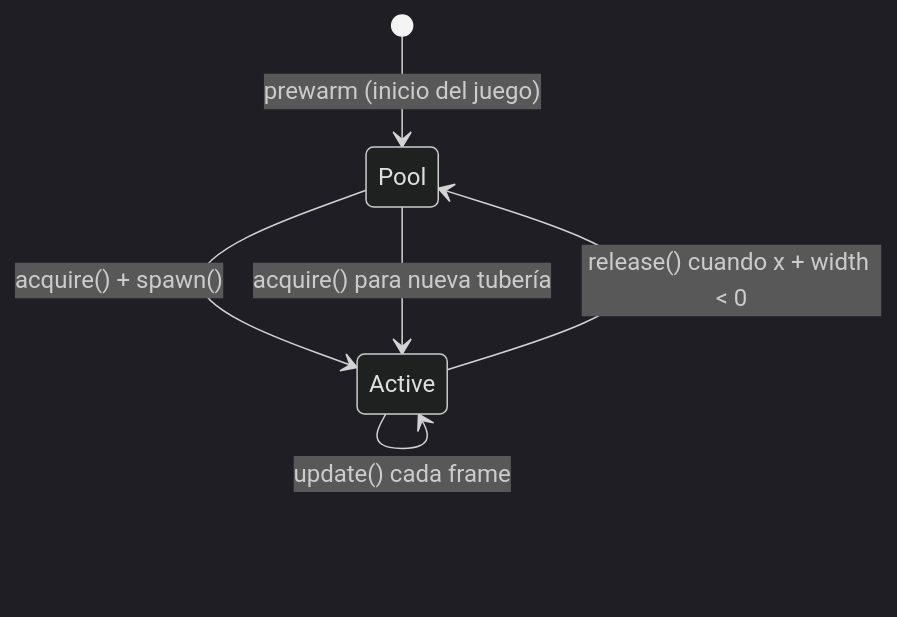
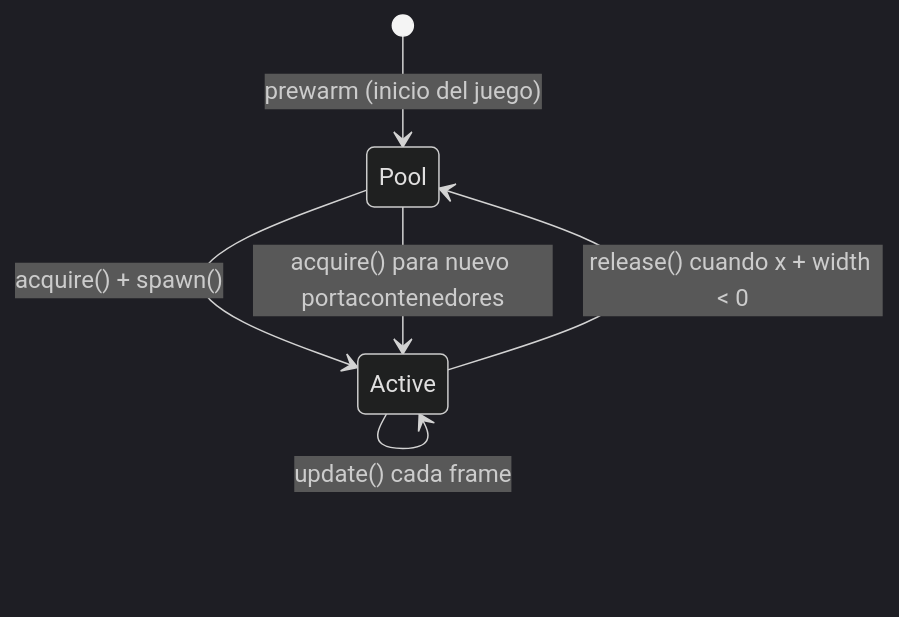
One commit to RiAlvarezM/kiro-introduction changed the fourth of 4 diagrams in .kiro/specs/flappy-kiro/design.md. Above: the diagram before and after it, drawn with Mermaid (dark theme). The commit also changed other lines of this file and 12 other files, not shown here.

````diff
--- a/.kiro/specs/flappy-kiro/design.md
+++ b/.kiro/specs/flappy-kiro/design.md
@@ -775,8 +803,8 @@
 ```mermaid
 stateDiagram-v2
     [*] --> Pool: prewarm (inicio del juego)
     Pool --> Active: acquire() + spawn()
     Active --> Active: update() cada frame
     Active --> Pool: release() cuando x + width < 0
-    Pool --> Active: acquire() para nueva tubería
+    Pool --> Active: acquire() para nuevo portacontenedores
 ```
````
